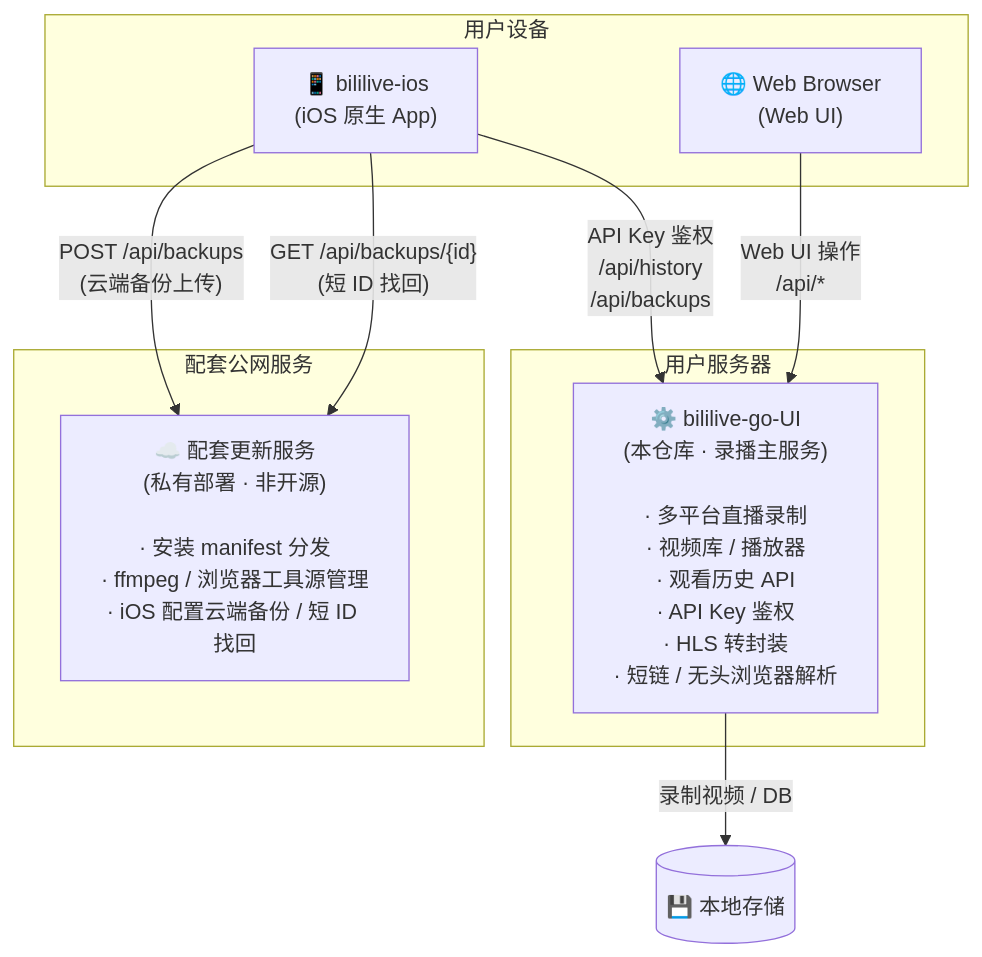
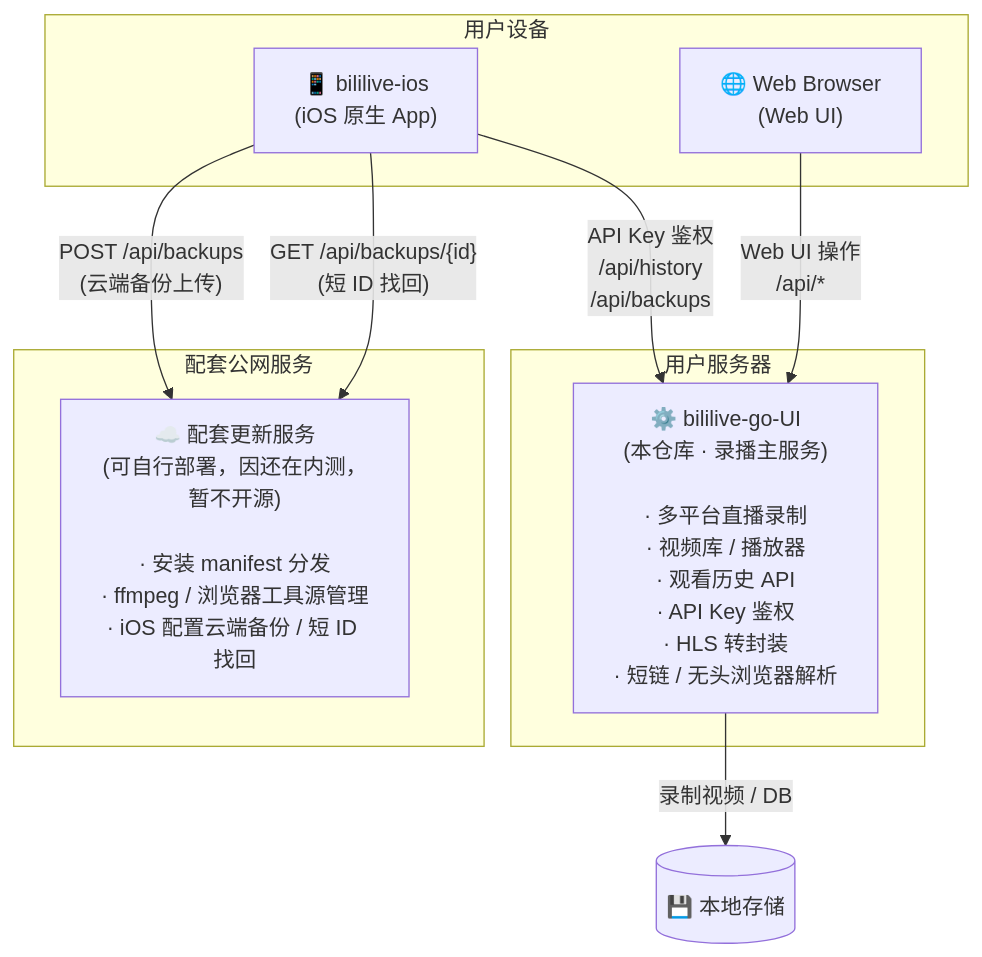
One commit to xuyuanzhang1122/bililive-go-UI changed the diagram in README.md. Above: the diagram before and after it, drawn with Mermaid.

````diff
--- a/README.md
+++ b/README.md
@@ -17,21 +17,21 @@
 ```mermaid
 graph TD
     subgraph 用户设备
         iOS["📱 bililive-ios\n(iOS 原生 App)"]
         Browser["🌐 Web Browser\n(Web UI)"]
     end
 
     subgraph 用户服务器
         Core["⚙️ bililive-go-UI\n(本仓库 · 录播主服务)\n\n· 多平台直播录制\n· 视频库 / 播放器\n· 观看历史 API\n· API Key 鉴权\n· HLS 转封装\n· 短链 / 无头浏览器解析"]
     end
 
     subgraph 配套公网服务
-        UpdateSrv["☁️ 配套更新服务\n(私有部署 · 非开源)\n\n· 安装 manifest 分发\n· ffmpeg / 浏览器工具源管理\n· iOS 配置云端备份 / 短 ID 找回"]
+        UpdateSrv["☁️ 配套更新服务\n(可自行部署，因还在内测，暂不开源)\n\n· 安装 manifest 分发\n· ffmpeg / 浏览器工具源管理\n· iOS 配置云端备份 / 短 ID 找回"]
     end
 
     iOS -- "API Key 鉴权\n/api/history\n/api/backups" --> Core
     Browser -- "Web UI 操作\n/api/*" --> Core
     iOS -- "POST /api/backups\n(云端备份上传)" --> UpdateSrv
     iOS -- "GET /api/backups/{id}\n(短 ID 找回)" --> UpdateSrv
     Core -- "录制视频 / DB" --> Storage[("💾 本地存储")]
 ```
````
